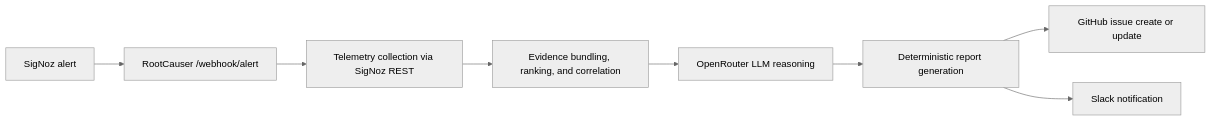
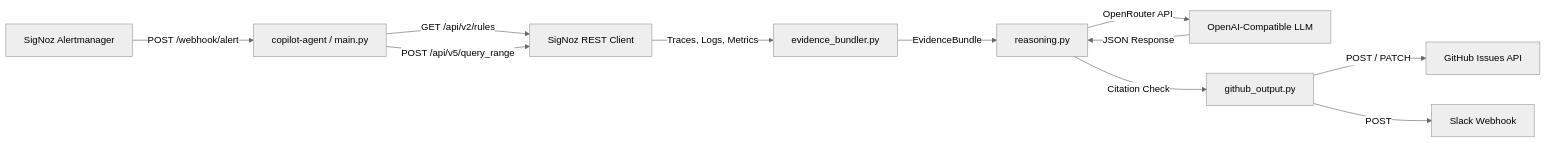
The first of 2 diagrams in README.md (aarya-114/RootCauser), drawn with Mermaid (neutral theme) before and after one commit. The commit also changed other lines of this file and 7 other files, not shown here.

````diff
--- a/README.md
+++ b/README.md
@@ -11,10 +33,13 @@
 ```mermaid
 flowchart LR
-    A[SigNoz alert] --> B[RootCauser /webhook/alert]
-    B --> C[Telemetry collection via SigNoz REST]
-    C --> D[Evidence bundling, ranking, and correlation]
-    D --> E[OpenRouter LLM reasoning]
-    E --> F[Deterministic report generation]
-    F --> G[GitHub issue create or update]
-    F --> H[Slack notification]
+    A[SigNoz Alertmanager] -->|POST /webhook/alert| B[copilot-agent / main.py]
+    B -->|GET /api/v2/rules| C[SigNoz REST Client]
+    B -->|POST /api/v5/query_range| C
+    C -->|Traces, Logs, Metrics| D[evidence_bundler.py]
+    D -->|EvidenceBundle| E[reasoning.py]
+    E -->|OpenRouter API| F[OpenAI-Compatible LLM]
+    F -->|JSON Response| E
+    E -->|Citation Check| G[github_output.py]
+    G -->|POST / PATCH| H[GitHub Issues API]
+    G -->|POST| I[Slack Webhook]
 ```
````
